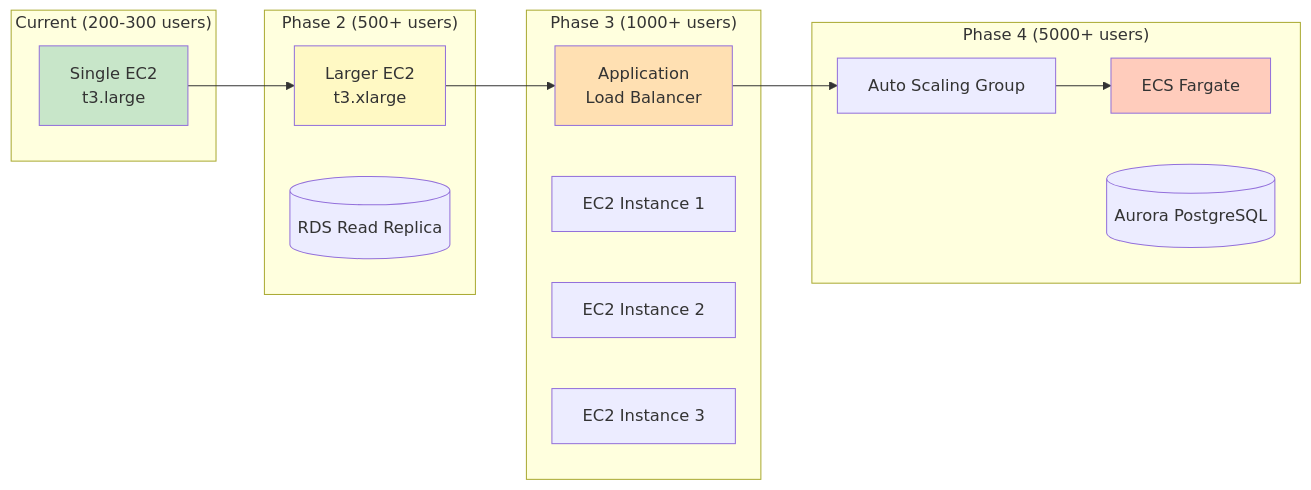
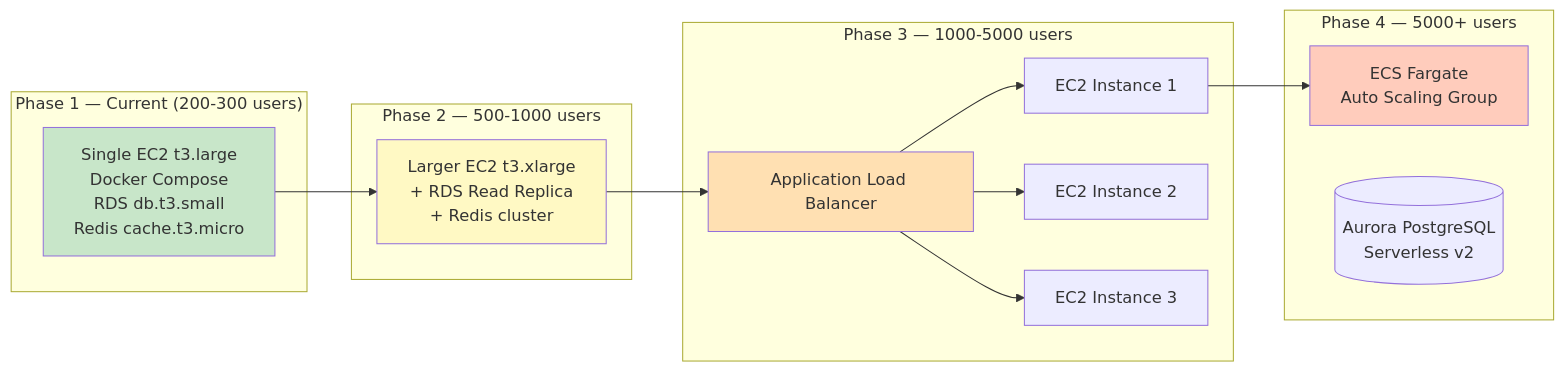
Before and after one commit to sbu-europe/dfms-naming-campaign: the ninth of 9 diagrams in 04-architecture/04-backend/diagrams/architecture-overview.md, drawn with Mermaid. The commit also changed other lines of this file and 5 other files, not shown here.

First line of the commit message:
docs(architecture): update diagrams and overview to reflect Phase 1 implementation

````diff
--- a/04-architecture/04-backend/diagrams/architecture-overview.md
+++ b/04-architecture/04-backend/diagrams/architecture-overview.md
@@ -448,34 +438,34 @@
 ```mermaid
 graph LR
-    subgraph "Current (200-300 users)"
-        SINGLE[Single EC2<br/>t3.large]
+    subgraph "Phase 1 — Current (200-300 users)"
+        SINGLE[Single EC2 t3.large<br/>Docker Compose<br/>RDS db.t3.small<br/>Redis cache.t3.micro]
     end
 
-    subgraph "Phase 2 (500+ users)"
-        EC2_LARGE[Larger EC2<br/>t3.xlarge]
-        READ_REPLICA[(RDS Read Replica)]
+    subgraph "Phase 2 — 500-1000 users"
+        EC2_LARGE[Larger EC2 t3.xlarge<br/>+ RDS Read Replica<br/>+ Redis cluster]
     end
 
-    subgraph "Phase 3 (1000+ users)"
-        ALB[Application<br/>Load Balancer]
+    subgraph "Phase 3 — 1000-5000 users"
+        ALB[Application Load Balancer]
         EC2_1[EC2 Instance 1]
         EC2_2[EC2 Instance 2]
         EC2_3[EC2 Instance 3]
+        ALB --> EC2_1
+        ALB --> EC2_2
+        ALB --> EC2_3
     end
 
-    subgraph "Phase 4 (5000+ users)"
-        ASG[Auto Scaling Group]
-        FARGATE[ECS Fargate]
-        AURORA[(Aurora PostgreSQL)]
+    subgraph "Phase 4 — 5000+ users"
+        ASG[ECS Fargate<br/>Auto Scaling Group]
+        AURORA[(Aurora PostgreSQL<br/>Serverless v2)]
     end
 
     SINGLE --> EC2_LARGE
     EC2_LARGE --> ALB
-    ALB --> ASG
-    ASG --> FARGATE
+    EC2_1 --> ASG
 
     style SINGLE fill:#c8e6c9
     style EC2_LARGE fill:#fff9c4
     style ALB fill:#ffe0b2
-    style FARGATE fill:#ffccbc
+    style ASG fill:#ffccbc
 ```
````
